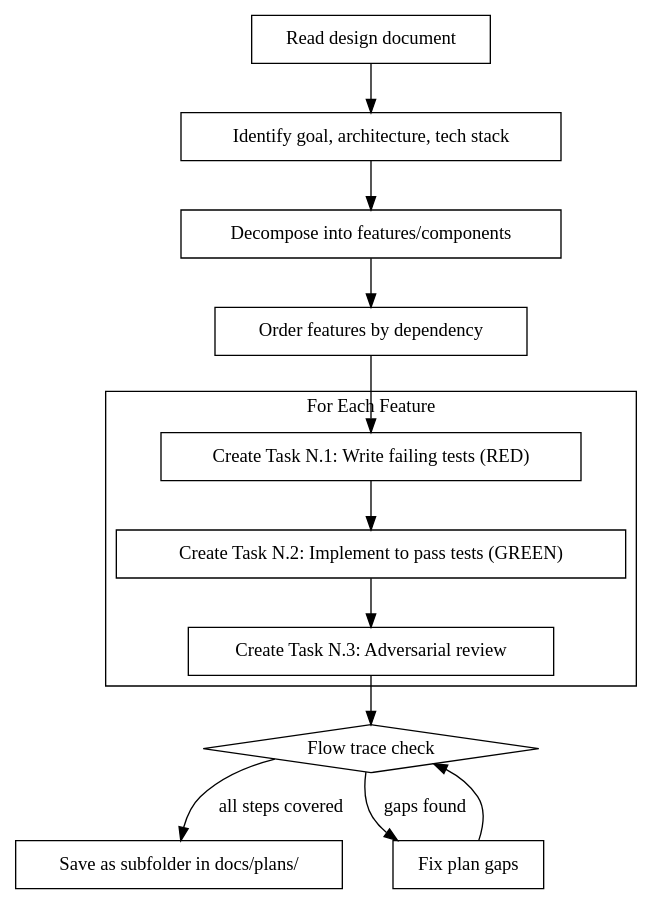
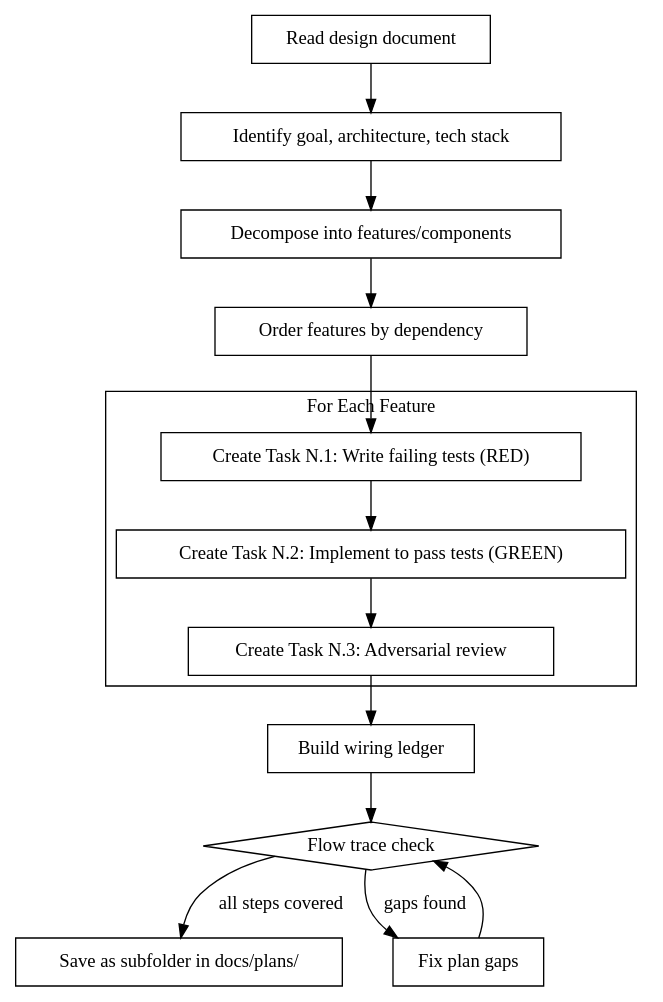
One commit to Dethon/ai-dev-flow changed the second of 2 diagrams in skills/writing-tdd-plans/SKILL.md. Above: the diagram before and after it, drawn with Graphviz. The commit also changed other lines of this file and 4 other files, not shown here.

Commit message:
Bump plugin version to 1.0.32 and enhance TDD plan documentation with wiring ledger and flow trace requirements

````diff
--- a/skills/writing-tdd-plans/SKILL.md
+++ b/skills/writing-tdd-plans/SKILL.md
@@ -33,32 +33,34 @@
 ```dot
 digraph process {
     rankdir=TB;
 
     "Read design document" [shape=box];
     "Identify goal, architecture, tech stack" [shape=box];
     "Decompose into features/components" [shape=box];
     "Order features by dependency" [shape=box];
 
     subgraph cluster_per_feature {
         label="For Each Feature";
         "Create Task N.1: Write failing tests (RED)" [shape=box];
         "Create Task N.2: Implement to pass tests (GREEN)" [shape=box];
         "Create Task N.3: Adversarial review" [shape=box];
     }
 
+    "Build wiring ledger" [shape=box];
     "Save as subfolder in docs/plans/" [shape=box];
 
     "Read design document" -> "Identify goal, architecture, tech stack";
     "Identify goal, architecture, tech stack" -> "Decompose into features/components";
     "Decompose into features/components" -> "Order features by dependency";
     "Order features by dependency" -> "Create Task N.1: Write failing tests (RED)";
     "Create Task N.1: Write failing tests (RED)" -> "Create Task N.2: Implement to pass tests (GREEN)";
     "Create Task N.2: Implement to pass tests (GREEN)" -> "Create Task N.3: Adversarial review";
-    "Create Task N.3: Adversarial review" -> "Flow trace check";
+    "Create Task N.3: Adversarial review" -> "Build wiring ledger";
+    "Build wiring ledger" -> "Flow trace check";
     "Flow trace check" [shape=diamond];
     "Fix plan gaps" [shape=box];
     "Flow trace check" -> "Save as subfolder in docs/plans/" [label="all steps covered"];
     "Flow trace check" -> "Fix plan gaps" [label="gaps found"];
     "Fix plan gaps" -> "Flow trace check";
 }
 ```
````
